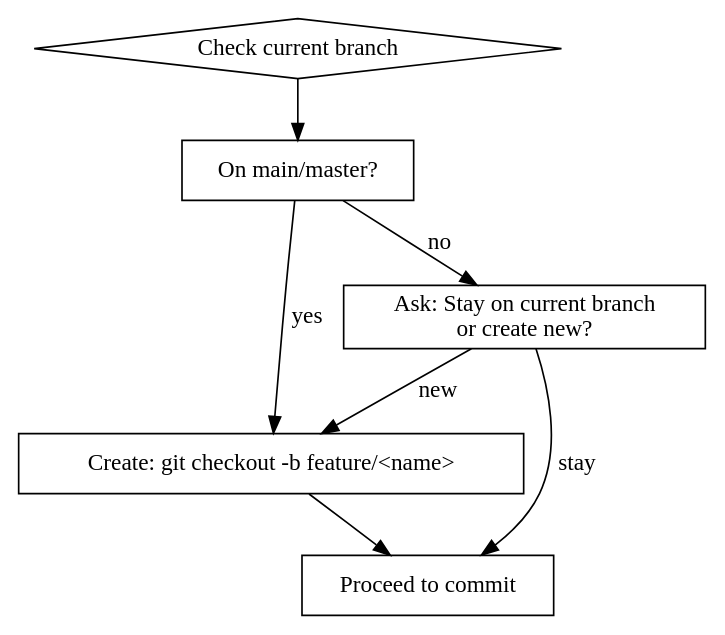
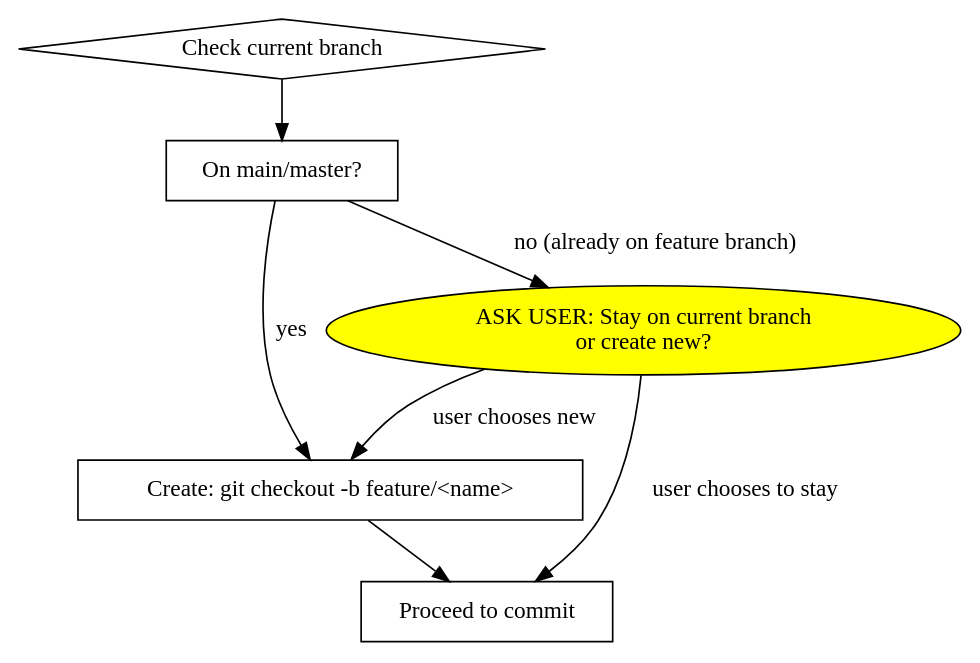
Before and after one commit to melodypapa/uncertainty: the diagram in skills/github-workflow/SKILL.md, drawn with Graphviz. The commit also changed other lines of this file and 1 other file, not shown here.

````diff
--- a/skills/github-workflow/SKILL.md
+++ b/skills/github-workflow/SKILL.md
@@ -181,19 +214,19 @@
 ```dot
 digraph branch_decision {
     rankdir=TB
     node [shape=box]
-    
+
     start [label="Check current branch" shape=diamond]
     main [label="On main/master?"]
     create [label="Create: git checkout -b feature/<name>"]
-    ask [label="Ask: Stay on current branch\nor create new?"]
+    ask [label="ASK USER: Stay on current branch\nor create new?" shape=oval style=filled fillcolor=yellow]
     done [label="Proceed to commit"]
-    
+
     start -> main
     main -> create [label="yes"]
-    main -> ask [label="no"]
-    ask -> done [label="stay"]
-    ask -> create [label="new"]
+    main -> ask [label="no (already on feature branch)"]
+    ask -> done [label="user chooses to stay"]
+    ask -> create [label="user chooses new"]
     create -> done
 }
 ```
````
